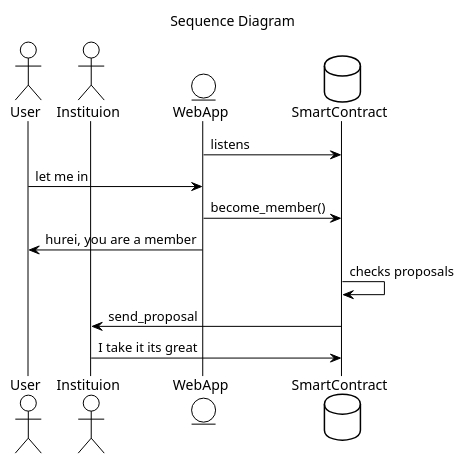
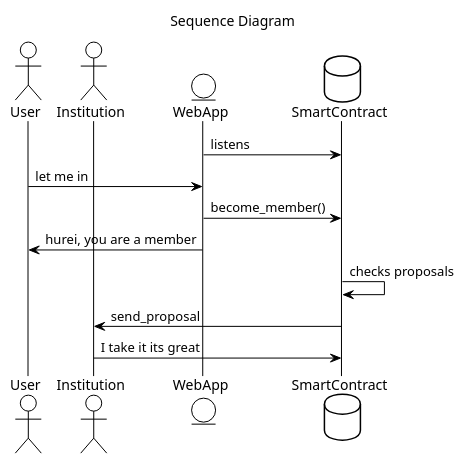
One commit to FrankBevr/100-Ideas changed the third of 3 diagrams in practice/02/02-Ideas.md. Above: the diagram before and after it, drawn with PlantUML. The commit also changed other lines of this file and 1 other file, not shown here.

````diff
--- a/practice/02/02-Ideas.md
+++ b/practice/02/02-Ideas.md
@@ -165,18 +179,18 @@
 ```plantuml
 !theme plain
 title Sequence Diagram
 skinparam titleFontSize 14
 skinparam titleFontStyle normal
-actor User 
-actor Instituion 
+actor User
+actor Institution
 entity WebApp
 database SmartContract
 
 WebApp -> SmartContract: listens
 User -> WebApp: let me in
 WebApp -> SmartContract: become_member()
 WebApp -> User: hurei, you are a member
 SmartContract -> SmartContract: checks proposals
-SmartContract -> Instituion: send_proposal
-Instituion -> SmartContract: I take it its great
+SmartContract -> Institution: send_proposal
+Institution -> SmartContract: I take it its great
 ```
````
